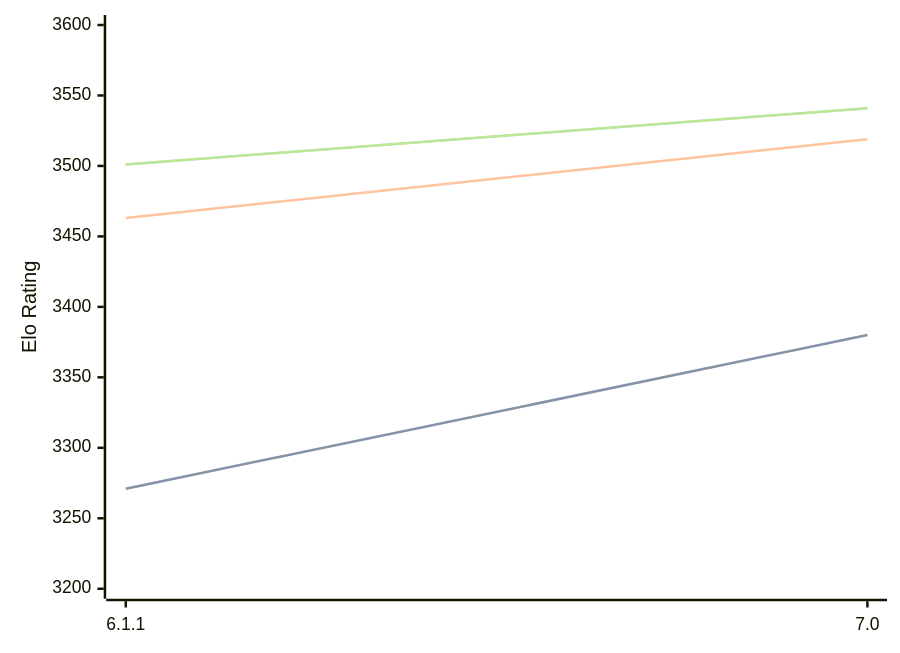
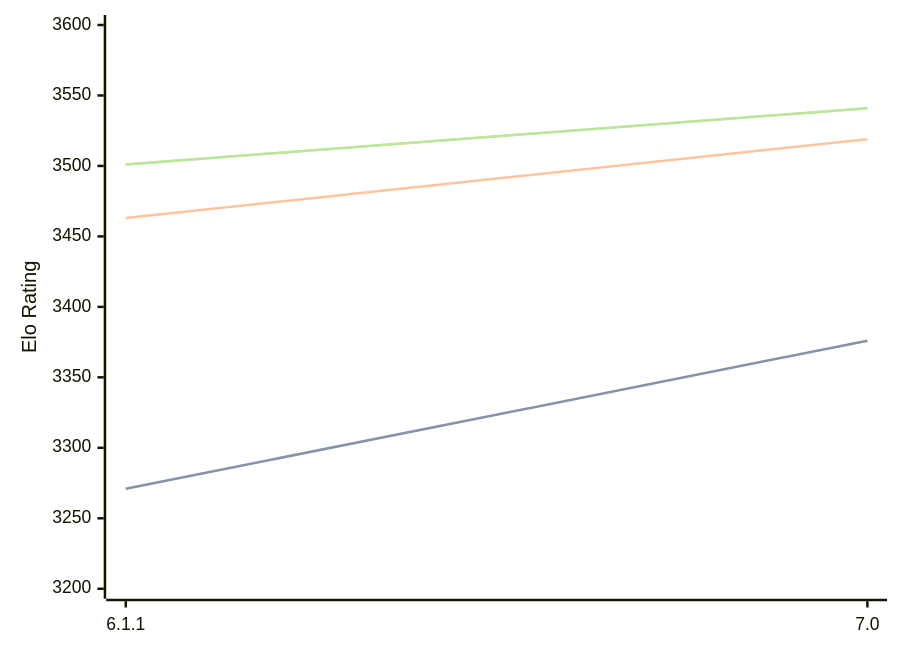
Before and after one commit to computer-chess-index/cci: the first of 3 diagrams in engines/Astra.md, drawn with Mermaid. The commit also changed other lines of this file, not shown here.

````diff
--- a/engines/Astra.md
+++ b/engines/Astra.md
@@ -44,11 +44,11 @@
 ```mermaid
 %%{init: {"theme":"base","themeVariables":{"seriesColors:['#a3a3a3','#222221','#faa371']}}}%%
 xychart-beta
   x-axis ["6.1.1", "7.0"]
   y-axis "Elo Rating" 3200 --> 3600
-  line "STC (8.0+0.08s)" [3271, 3380]
-  line "STC (8.0+0.08s)" [3271, 3380]
+  line "STC (8.0+0.08s)" [3271, 3376]
+  line "STC (8.0+0.08s)" [3271, 3376]
   line "LTC (60.0+0.60s)" [3463, 3519]
   line "VLTC (2m24s+1.12s)" [3501, 3541]
   line "VLTC (2m24s+1.12s)" [3501, 3541]
 ```
````
